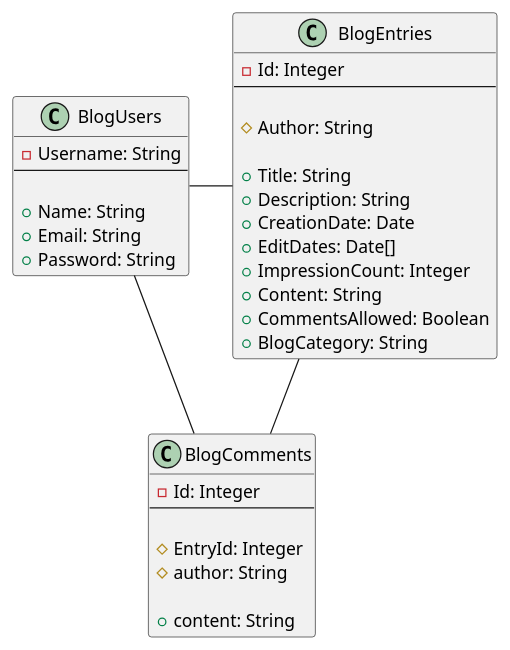
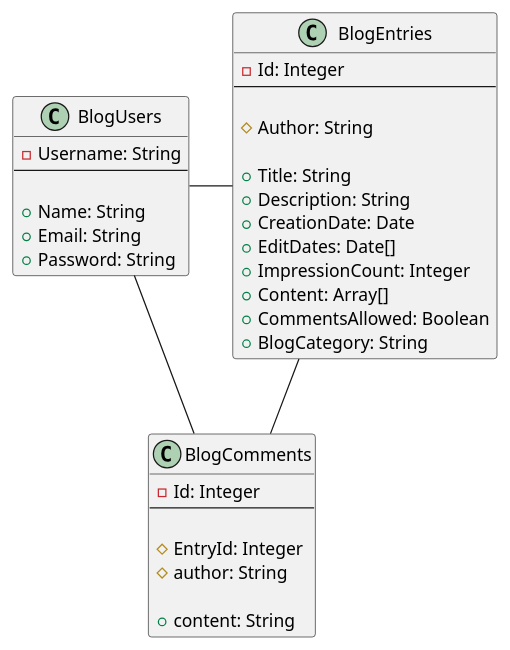
Before and after one commit to wfee2000/travel-blog: the diagram in uml.puml, drawn with PlantUML.

Commit message:
imporoved uml

```diff
--- a/uml.puml
+++ b/uml.puml
@@ -1,43 +1,43 @@
 @startuml
 
 class BlogEntries {
 - Id: Integer
 --
 
 # Author: String
 
 + Title: String
 + Description: String
 + CreationDate: Date
 + EditDates: Date[]
 + ImpressionCount: Integer
-+ Content: String
++ Content: Array[]
 + CommentsAllowed: Boolean
 + BlogCategory: String
 }
 
 class BlogUsers {
 - Username: String
 --
 
 + Name: String
 + Email: String
 + Password: String
 }
 
 class BlogComments {
 - Id: Integer
 --
 
 # EntryId: Integer
 # author: String
 
 + content: String
 }
 
 
 BlogUsers -right- BlogEntries
 BlogComments -up- BlogEntries
 
 BlogUsers -- BlogComments
 @enduml
```
